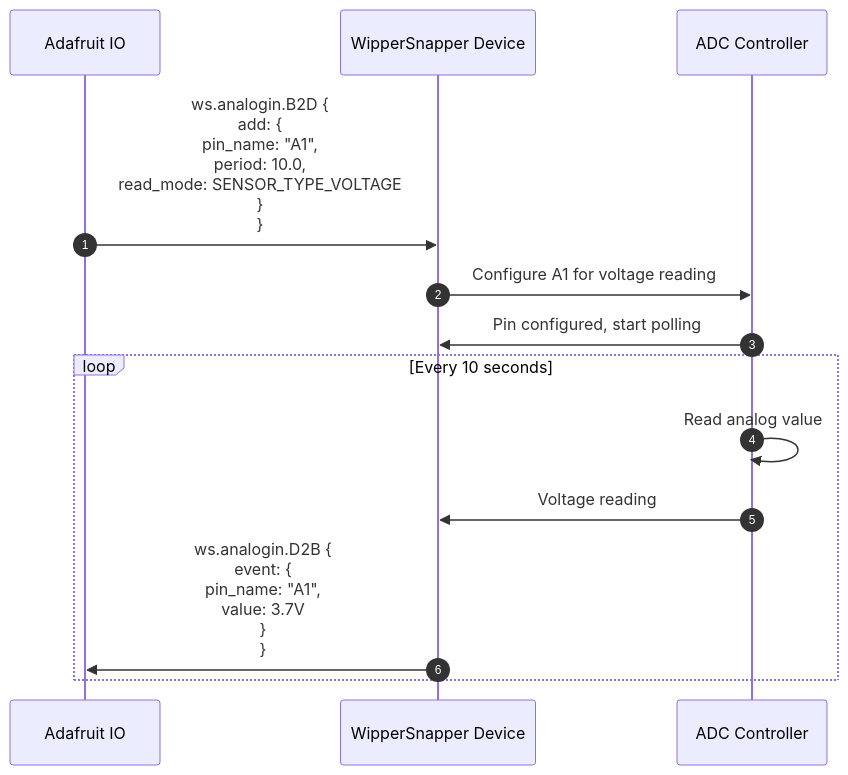
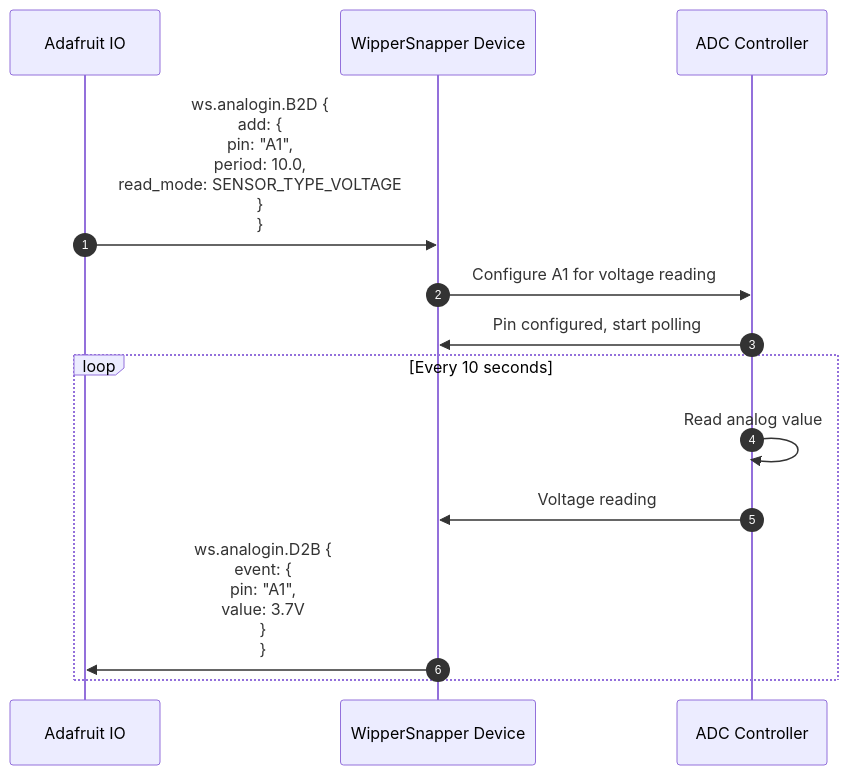
Before and after one commit to adafruit/Wippersnapper_Protobuf: the fourth of 13 diagrams in proto/wippersnapper/docs/wippersnapper_device_overview.md, drawn with Mermaid. The commit also changed other lines of this file and 10 other files, not shown here.

Commit message:
rename pin_name to pin everywhere

````diff
--- a/proto/wippersnapper/docs/wippersnapper_device_overview.md
+++ b/proto/wippersnapper/docs/wippersnapper_device_overview.md
@@ -313,18 +313,18 @@
 ```mermaid
 sequenceDiagram
 autonumber
 participant IO as Adafruit IO
 participant Device as WipperSnapper Device
 participant ADC as ADC Controller
 
-IO->>Device: ws.analogin.B2D {<br/>  add: {<br/>    pin_name: "A1",<br/>    period: 10.0,<br/>    read_mode: SENSOR_TYPE_VOLTAGE<br/>  }<br/>}
+IO->>Device: ws.analogin.B2D {<br/>  add: {<br/>    pin: "A1",<br/>    period: 10.0,<br/>    read_mode: SENSOR_TYPE_VOLTAGE<br/>  }<br/>}
 
 Device->>ADC: Configure A1 for voltage reading
 ADC->>Device: Pin configured, start polling
 
 loop Every 10 seconds
     ADC->>ADC: Read analog value
     ADC->>Device: Voltage reading
-    Device->>IO: ws.analogin.D2B {<br/>  event: {<br/>    pin_name: "A1",<br/>    value: 3.7V<br/>  }<br/>}
+    Device->>IO: ws.analogin.D2B {<br/>  event: {<br/>    pin: "A1",<br/>    value: 3.7V<br/>  }<br/>}
 end
 ```
````
